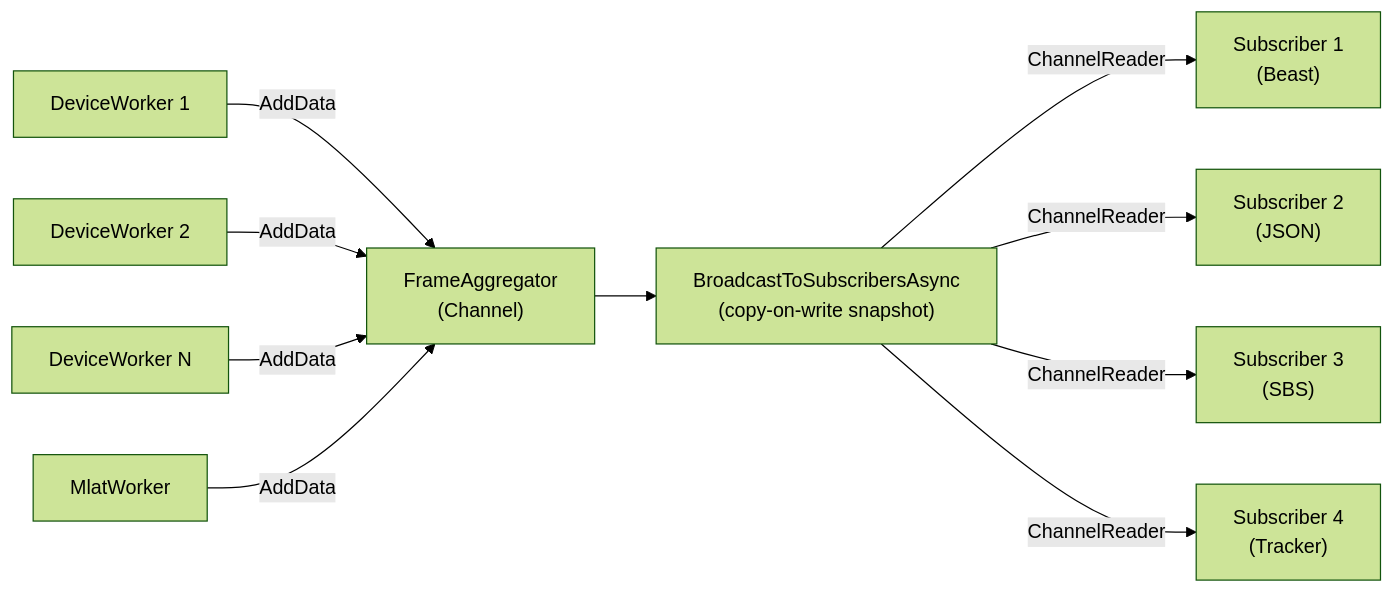
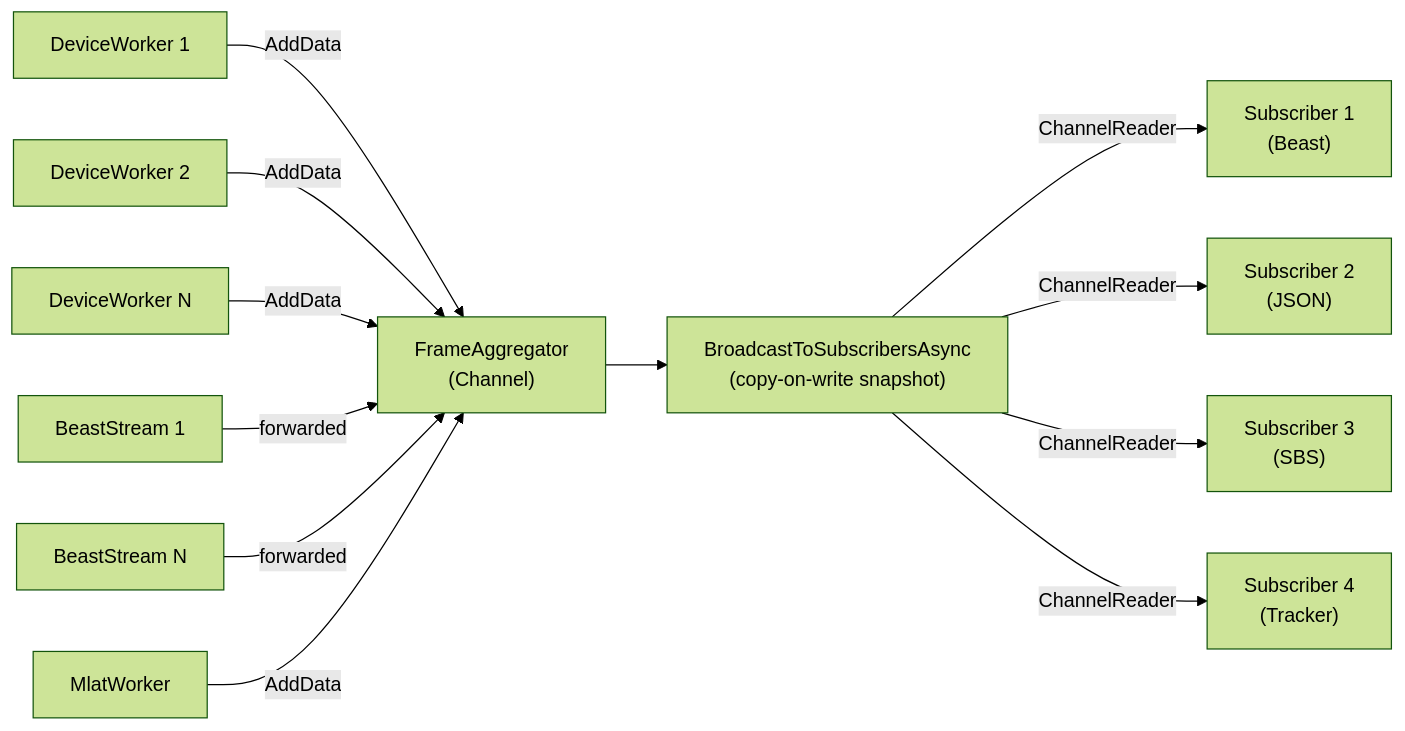
Before and after one commit to aeromux/aeromux: the sixth of 11 diagrams in docs/ARCHITECTURE.md, drawn with Mermaid (forest theme). The commit also changed other lines of this file and 45 other files, not shown here.

````diff
--- a/docs/ARCHITECTURE.md
+++ b/docs/ARCHITECTURE.md
@@ -399,14 +410,16 @@
 ```mermaid
 flowchart LR
     DW1["DeviceWorker 1"] -->|AddData| AGG["FrameAggregator<br/>(Channel)"]
     DW2["DeviceWorker 2"] -->|AddData| AGG
     DWN["DeviceWorker N"] -->|AddData| AGG
+    BS1["BeastStream 1"] -->|forwarded| AGG
+    BSN["BeastStream N"] -->|forwarded| AGG
     MLAT["MlatWorker"] -->|AddData| AGG
 
     AGG --> BC["BroadcastToSubscribersAsync<br/>(copy-on-write snapshot)"]
 
     BC -->|ChannelReader| S1["Subscriber 1<br/>(Beast)"]
     BC -->|ChannelReader| S2["Subscriber 2<br/>(JSON)"]
     BC -->|ChannelReader| S3["Subscriber 3<br/>(SBS)"]
     BC -->|ChannelReader| S4["Subscriber 4<br/>(Tracker)"]
 ```
````
